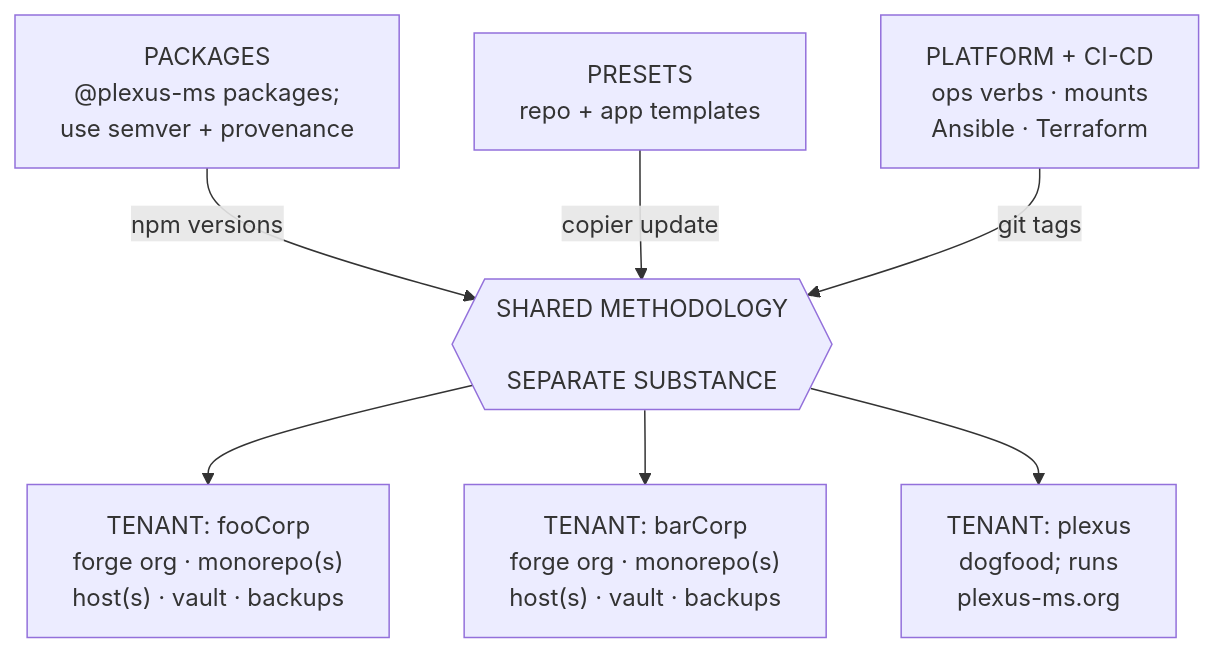
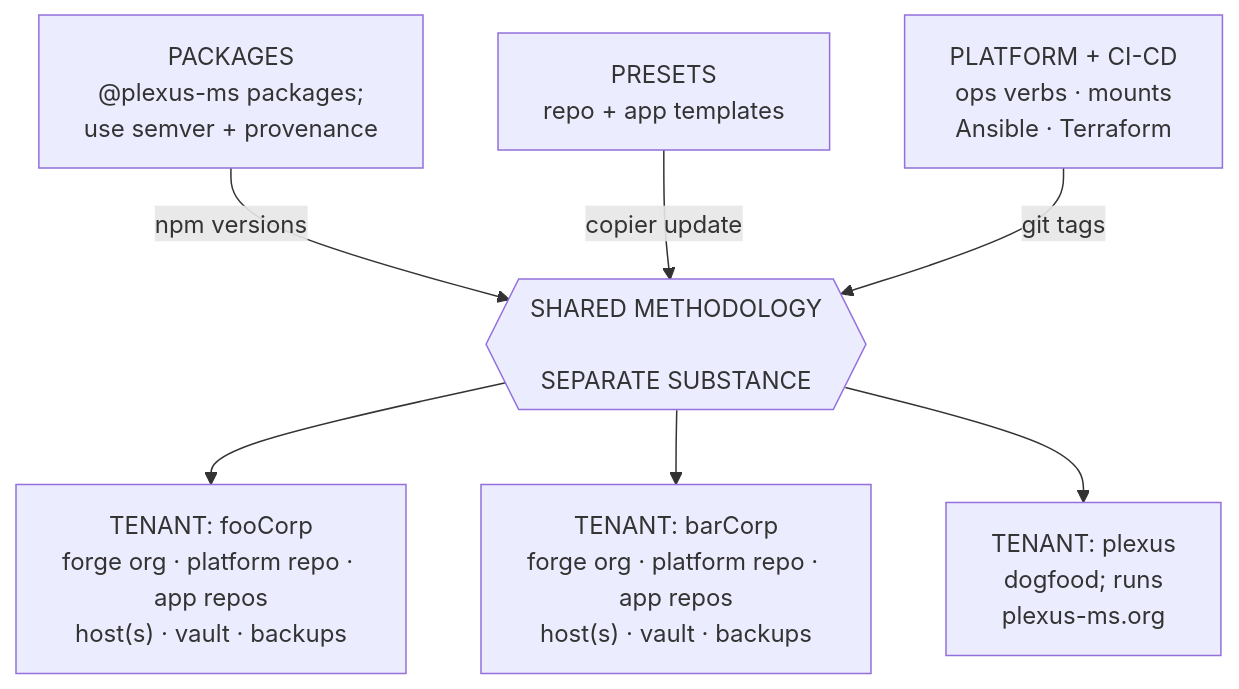
One commit to plexus-ms/compendium changed the first of 2 diagrams in plexus/standard.md. Above: the diagram before and after it, drawn with Mermaid. The commit also changed other lines of this file and 2 other files, not shown here.

First line of the commit message:
docs: decouple tenant from monorepo — one platform repo, N app repos

````diff
--- a/plexus/standard.md
+++ b/plexus/standard.md
@@ -90,13 +95,13 @@
 ```mermaid
 flowchart TB
   packages["PACKAGES<br>@plexus-ms packages;<br>use semver + provenance"]
   preset["PRESETS<br>repo + app templates"]
   ops["PLATFORM + CI-CD<br>ops verbs · mounts<br>Ansible · Terraform"]
   boundary{{"SHARED METHODOLOGY<br><br>SEPARATE SUBSTANCE"}}
   packages -- "npm versions" --> boundary
   preset -- "copier update" --> boundary
   ops -- "git tags" --> boundary
-  boundary --> acme["TENANT: fooCorp<br>forge org · monorepo(s)<br>host(s) · vault · backups"]
-  boundary --> initech["TENANT: barCorp<br>forge org · monorepo(s)<br>host(s) · vault · backups"]
+  boundary --> acme["TENANT: fooCorp<br>forge org · platform repo · app repos<br>host(s) · vault · backups"]
+  boundary --> initech["TENANT: barCorp<br>forge org · platform repo · app repos<br>host(s) · vault · backups"]
   boundary --> plexus["TENANT: plexus<br>dogfood; runs<br>plexus-ms.org"]
 ```
````
